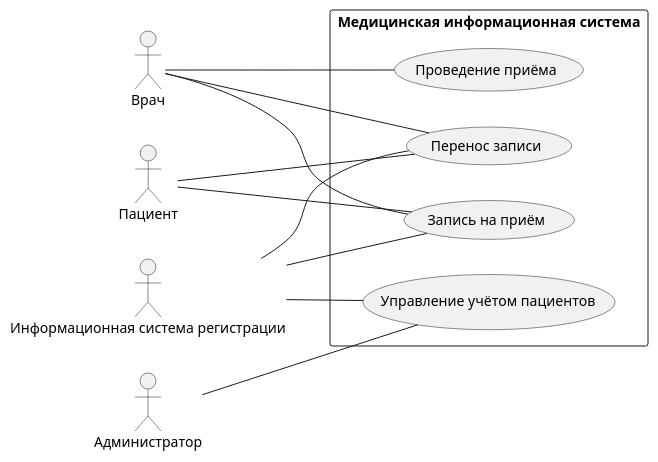
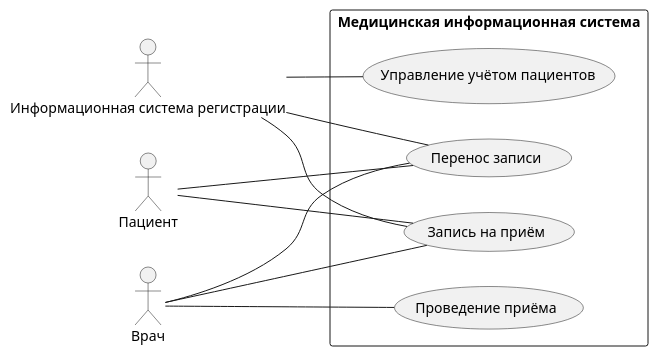
The diagram in use_case_diagram.puml (penamarth/bsbo-13-23_team3_var3_clinic), drawn with PlantUML before and after one commit.

Commit message:
Update use_case_diagram.puml
Администратор уволен

```diff
--- a/use_case_diagram.puml
+++ b/use_case_diagram.puml
@@ -1,32 +1,29 @@
 @startuml
 left to right direction
 
 actor Пациент
 actor "Информационная система регистрации"
 actor Врач
-actor Администратор
 
 rectangle "Медицинская информационная система" {
     usecase "Запись на приём" as BA
     usecase "Перенос записи" as RA
     usecase "Проведение приёма" as RV
     usecase "Управление учётом пациентов" as CPR
 }
 
 ' Patient interactions
 Пациент -- BA
 Пациент -- RA
 
 ' Обязанности информационной системы регистрации
 "Информационная система регистрации" -- BA
 "Информационная система регистрации"-- RA
 "Информационная система регистрации"-- CPR
 
 ' Обязанности доктора
 Врач -- BA
 Врач -- RA
 Врач -- RV
 
-' Обязанности администратора
-Администратор -- CPR
 @enduml
```
